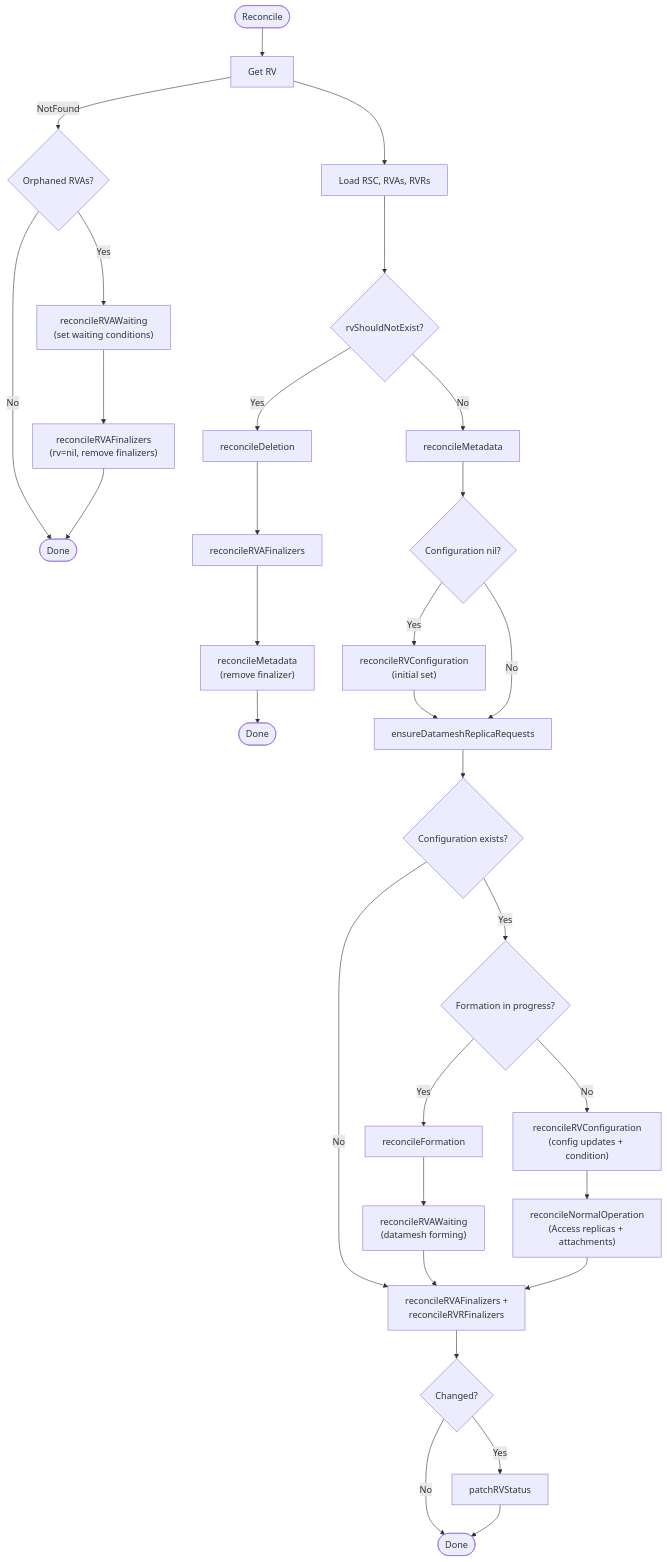
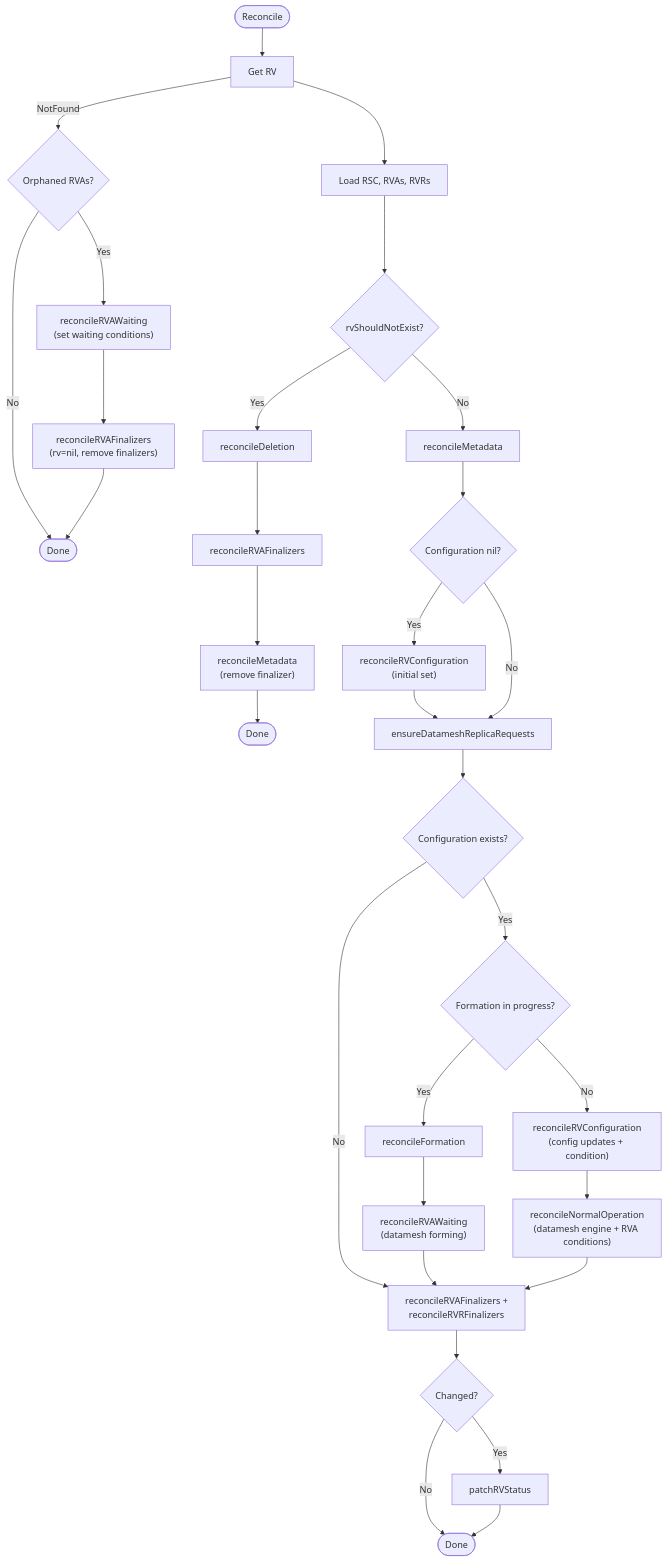
Before and after one commit to deckhouse/sds-replicated-volume: the first of 9 diagrams in images/controller/internal/controllers/rv_controller/README.md, drawn with Mermaid. The commit also changed other lines of this file and 11 other files, not shown here.

First line of the commit message:
[controller] Integrate datamesh transition engine into rv_controller

````diff
--- a/images/controller/internal/controllers/rv_controller/README.md
+++ b/images/controller/internal/controllers/rv_controller/README.md
@@ -144,39 +130,39 @@
 ```mermaid
 flowchart TD
     Start([Reconcile]) --> GetRV[Get RV]
     GetRV -->|NotFound| CheckOrphanedRVAs{Orphaned RVAs?}
     CheckOrphanedRVAs -->|No| Done1([Done])
     CheckOrphanedRVAs -->|Yes| OrphanedWaiting["reconcileRVAWaiting<br/>(set waiting conditions)"]
     OrphanedWaiting --> OrphanedFinalizers["reconcileRVAFinalizers<br/>(rv=nil, remove finalizers)"]
     OrphanedFinalizers --> Done1
     GetRV --> LoadDeps[Load RSC, RVAs, RVRs]
 
     LoadDeps --> CheckDelete{rvShouldNotExist?}
     CheckDelete -->|Yes| Deletion[reconcileDeletion]
     Deletion --> RVAFinDel[reconcileRVAFinalizers]
     RVAFinDel --> MetaDel["reconcileMetadata<br/>(remove finalizer)"]
     MetaDel --> Done3([Done])
 
     CheckDelete -->|No| Meta[reconcileMetadata]
     Meta --> CheckConfigNil{Configuration nil?}
     CheckConfigNil -->|Yes| InitConfig["reconcileRVConfiguration<br/>(initial set)"]
     InitConfig --> EnsurePending
     CheckConfigNil -->|No| EnsurePending
     EnsurePending["ensureDatameshReplicaRequests"]
     EnsurePending --> CheckConfig{Configuration exists?}
     CheckConfig -->|No| Finalizers
 
     CheckConfig -->|Yes| CheckForming{Formation in progress?}
     CheckForming -->|Yes| Formation[reconcileFormation]
     Formation --> FormingRVAWaiting["reconcileRVAWaiting<br/>(datamesh forming)"]
     FormingRVAWaiting --> Finalizers
     CheckForming -->|No| UpdateConfig["reconcileRVConfiguration<br/>(config updates + condition)"]
-    UpdateConfig --> NormalOp["reconcileNormalOperation<br/>(Access replicas + attachments)"]
+    UpdateConfig --> NormalOp["reconcileNormalOperation<br/>(datamesh engine + RVA conditions)"]
     NormalOp --> Finalizers
 
     Finalizers["reconcileRVAFinalizers +<br/>reconcileRVRFinalizers"]
     Finalizers --> PatchDecision{Changed?}
     PatchDecision -->|Yes| Patch[patchRVStatus]
     PatchDecision -->|No| EndNode([Done])
     Patch --> EndNode
 ```
````
